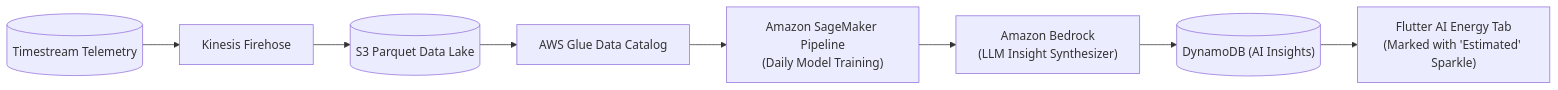
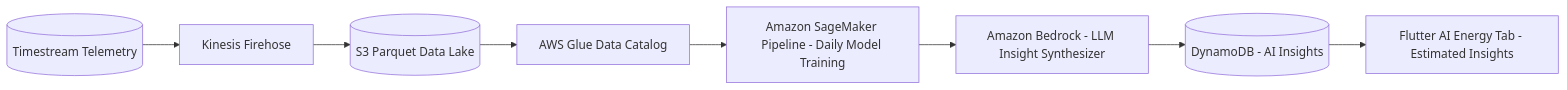
One commit to VimalChaudhary07/SEMS changed the eighth of 11 diagrams in AWS_BACKEND_INTEGRATION_PLAN.md. Above: the diagram before and after it, drawn with Mermaid. The commit also changed other lines of this file and 5 other files, not shown here.

````diff
--- a/AWS_BACKEND_INTEGRATION_PLAN.md
+++ b/AWS_BACKEND_INTEGRATION_PLAN.md
@@ -477,10 +475,10 @@
 ```mermaid
 flowchart LR
     Timestream[("Timestream Telemetry")] --> Firehose["Kinesis Firehose"]
     Firehose --> S3_Lake[("S3 Parquet Data Lake")]
     S3_Lake --> Glue["AWS Glue Data Catalog"]
-    Glue --> SageMaker["Amazon SageMaker Pipeline<br/>(Daily Model Training)"]
-    SageMaker --> Bedrock["Amazon Bedrock<br/>(LLM Insight Synthesizer)"]
-    Bedrock --> DynamoDB[("DynamoDB (AI Insights)")]
-    DynamoDB --> App["Flutter AI Energy Tab<br/>(Marked with 'Estimated' Sparkle)"]
+    Glue --> SageMaker["Amazon SageMaker Pipeline - Daily Model Training"]
+    SageMaker --> Bedrock["Amazon Bedrock - LLM Insight Synthesizer"]
+    Bedrock --> DynamoDB[("DynamoDB - AI Insights")]
+    DynamoDB --> App["Flutter AI Energy Tab - Estimated Insights"]
 ```
````
